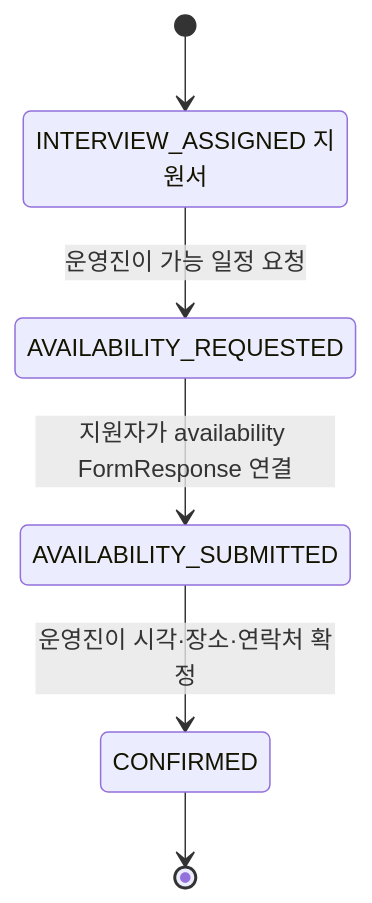
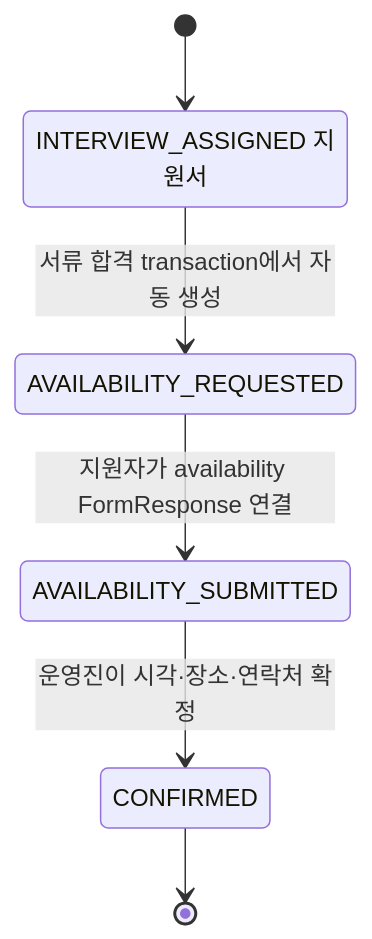
Before and after one commit to UMC-PRODUCT/cygnus-server: the ninth of 12 diagrams in docs/onboarding/domain/recruiting-diagrams.md, drawn with Mermaid. The commit also changed other lines of this file and 80 other files, not shown here.

````diff
--- a/docs/onboarding/domain/recruiting-diagrams.md
+++ b/docs/onboarding/domain/recruiting-diagrams.md
@@ -337,13 +337,13 @@
 ```mermaid
 stateDiagram-v2
     state "INTERVIEW_ASSIGNED 지원서" as Assigned
     state "AVAILABILITY_REQUESTED" as Requested
     state "AVAILABILITY_SUBMITTED" as Submitted
     state "CONFIRMED" as Confirmed
 
     [*] --> Assigned
-    Assigned --> Requested: 운영진이 가능 일정 요청
+    Assigned --> Requested: 서류 합격 transaction에서 자동 생성
     Requested --> Submitted: 지원자가 availability FormResponse 연결
     Submitted --> Confirmed: 운영진이 시각·장소·연락처 확정
     Confirmed --> [*]
 ```
````
